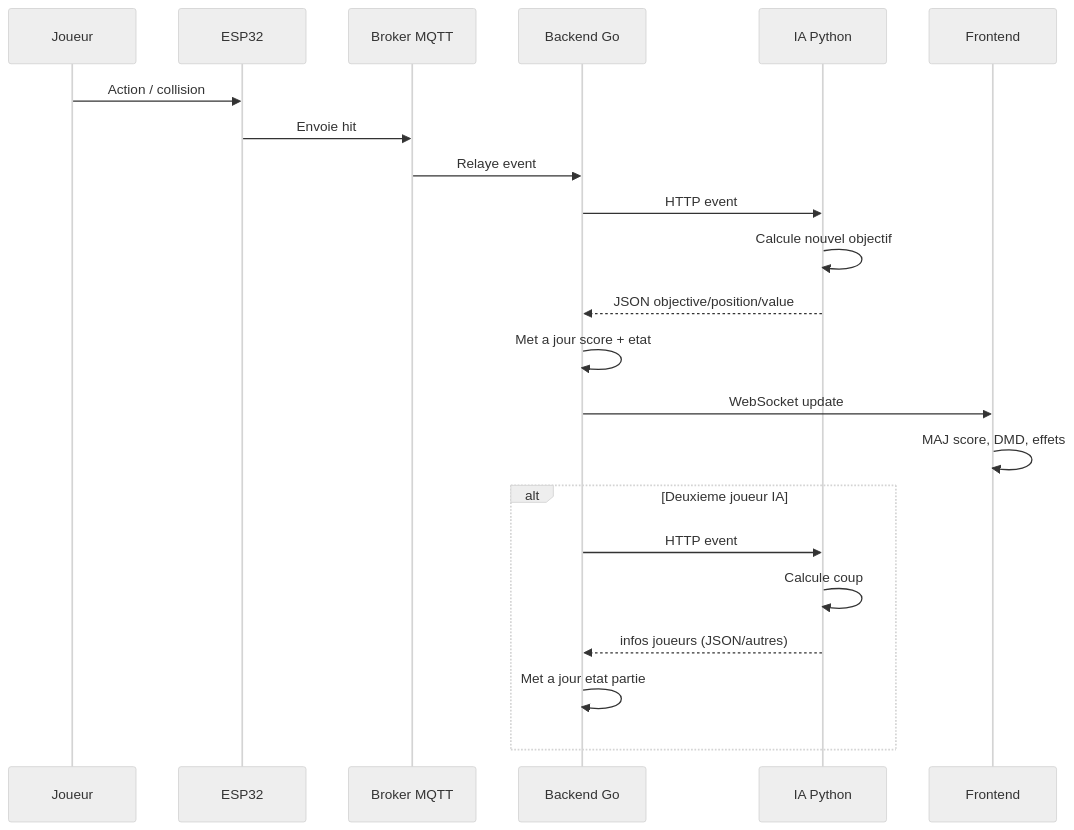
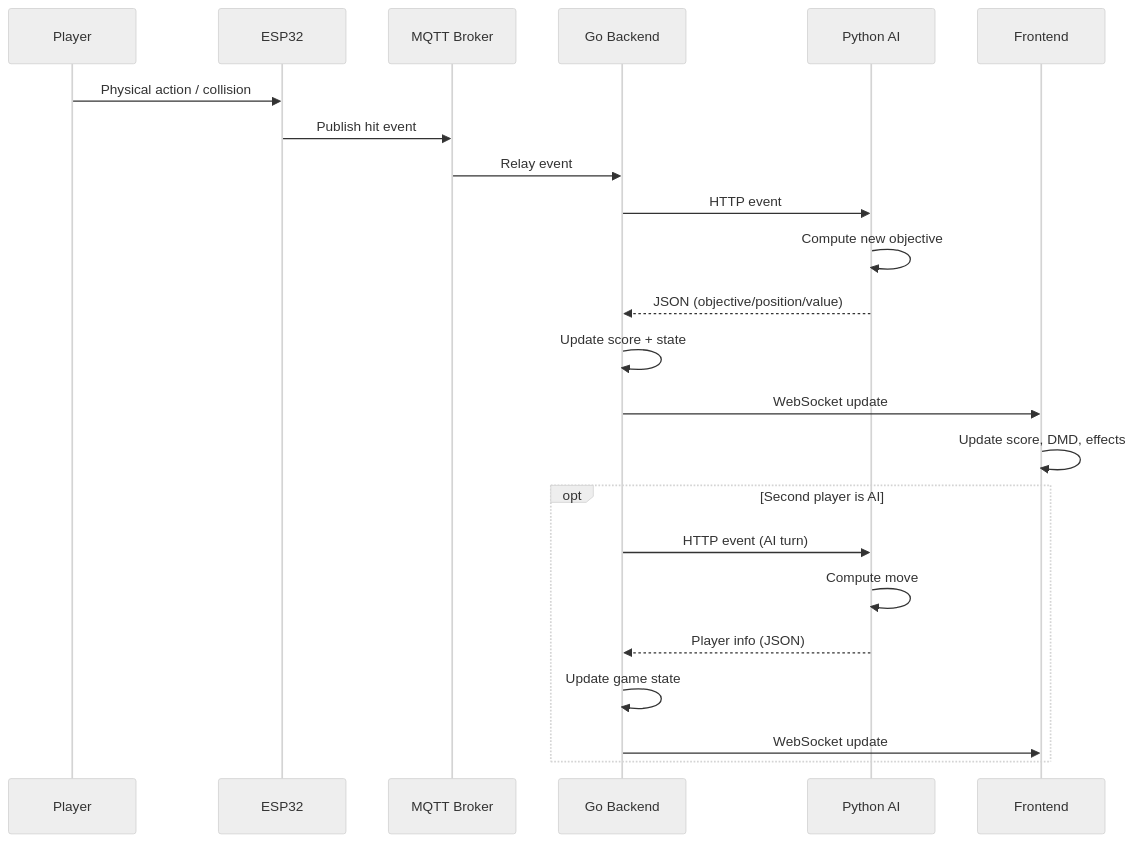
Before and after one commit to AkaTFL/Flipper: the diagram in doc/diagrammes/sequence.md, drawn with Mermaid (neutral theme). The commit also changed 2 other files, not shown here.

Commit message:
update in etat.md / sequence.md / usecase.md

````diff
--- a/doc/diagrammes/sequence.md
+++ b/doc/diagrammes/sequence.md
@@ -1,26 +1,27 @@
 ```mermaid
 sequenceDiagram
-  participant Joueur
+  participant Player
   participant ESP32
-  participant MQTT as Broker MQTT
-  participant Backend as Backend Go
-  participant IA as IA Python
+  participant MQTT as MQTT Broker
+  participant Backend as Go Backend
+  participant AI as Python AI
   participant Frontend
 
-  Joueur->>ESP32: Action / collision
-  ESP32->>MQTT: Envoie hit
-  MQTT->>Backend: Relaye event
-  Backend->>IA: HTTP event
-  IA->>IA: Calcule nouvel objectif
-  IA-->>Backend: JSON objective/position/value
-  Backend->>Backend: Met a jour score + etat
+  Player->>ESP32: Physical action / collision
+  ESP32->>MQTT: Publish hit event
+  MQTT->>Backend: Relay event
+  Backend->>AI: HTTP event
+  AI->>AI: Compute new objective
+  AI-->>Backend: JSON (objective/position/value)
+  Backend->>Backend: Update score + state
   Backend->>Frontend: WebSocket update
-  Frontend->>Frontend: MAJ score, DMD, effets
+  Frontend->>Frontend: Update score, DMD, effects
 
-  alt Deuxieme joueur IA
-    Backend->>IA: HTTP event
-    IA->>IA: Calcule coup
-    IA-->>Backend: infos joueurs (JSON/autres)
-    Backend->>Backend: Met a jour etat partie
+  opt Second player is AI
+    Backend->>AI: HTTP event (AI turn)
+    AI->>AI: Compute move
+    AI-->>Backend: Player info (JSON)
+    Backend->>Backend: Update game state
+    Backend->>Frontend: WebSocket update
   end
 ```
````
